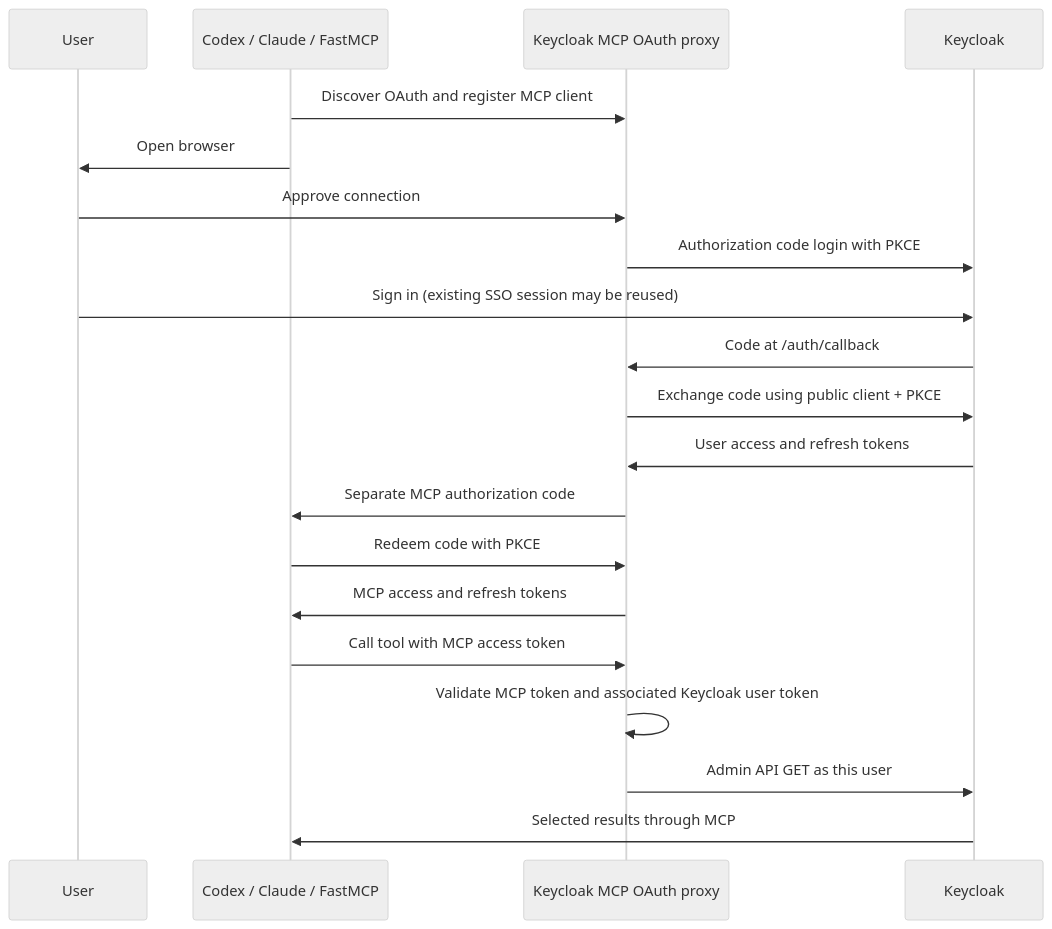
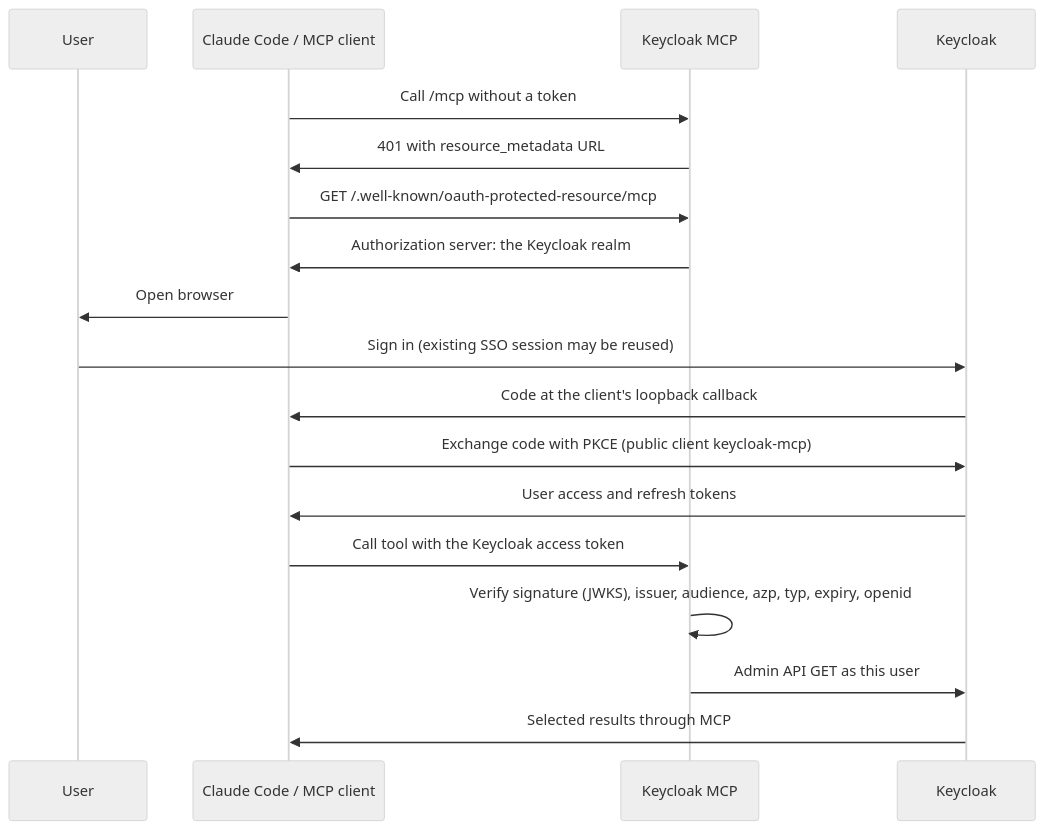
Before and after one commit to drtinkerer/keycloak-mcp-server: the diagram in docs/authentication.md, drawn with Mermaid (neutral theme). The commit also changed other lines of this file and 25 other files, not shown here.

````diff
--- a/docs/authentication.md
+++ b/docs/authentication.md
@@ -18,22 +21,20 @@
 ```mermaid
 sequenceDiagram
     participant User
-    participant Agent as Codex / Claude / FastMCP
-    participant MCP as Keycloak MCP OAuth proxy
+    participant Agent as Claude Code / MCP client
+    participant MCP as Keycloak MCP
     participant Keycloak
-    Agent->>MCP: Discover OAuth and register MCP client
+    Agent->>MCP: Call /mcp without a token
+    MCP->>Agent: 401 with resource_metadata URL
+    Agent->>MCP: GET /.well-known/oauth-protected-resource/mcp
+    MCP->>Agent: Authorization server: the Keycloak realm
     Agent->>User: Open browser
-    User->>MCP: Approve connection
-    MCP->>Keycloak: Authorization code login with PKCE
     User->>Keycloak: Sign in (existing SSO session may be reused)
-    Keycloak->>MCP: Code at /auth/callback
-    MCP->>Keycloak: Exchange code using public client + PKCE
-    Keycloak->>MCP: User access and refresh tokens
-    MCP->>Agent: Separate MCP authorization code
-    Agent->>MCP: Redeem code with PKCE
-    MCP->>Agent: MCP access and refresh tokens
-    Agent->>MCP: Call tool with MCP access token
-    MCP->>MCP: Validate MCP token and associated Keycloak user token
+    Keycloak->>Agent: Code at the client's loopback callback
+    Agent->>Keycloak: Exchange code with PKCE (public client keycloak-mcp)
+    Keycloak->>Agent: User access and refresh tokens
+    Agent->>MCP: Call tool with the Keycloak access token
+    MCP->>MCP: Verify signature (JWKS), issuer, audience, azp, typ, expiry, openid
     MCP->>Keycloak: Admin API GET as this user
     Keycloak->>Agent: Selected results through MCP
 ```
````
